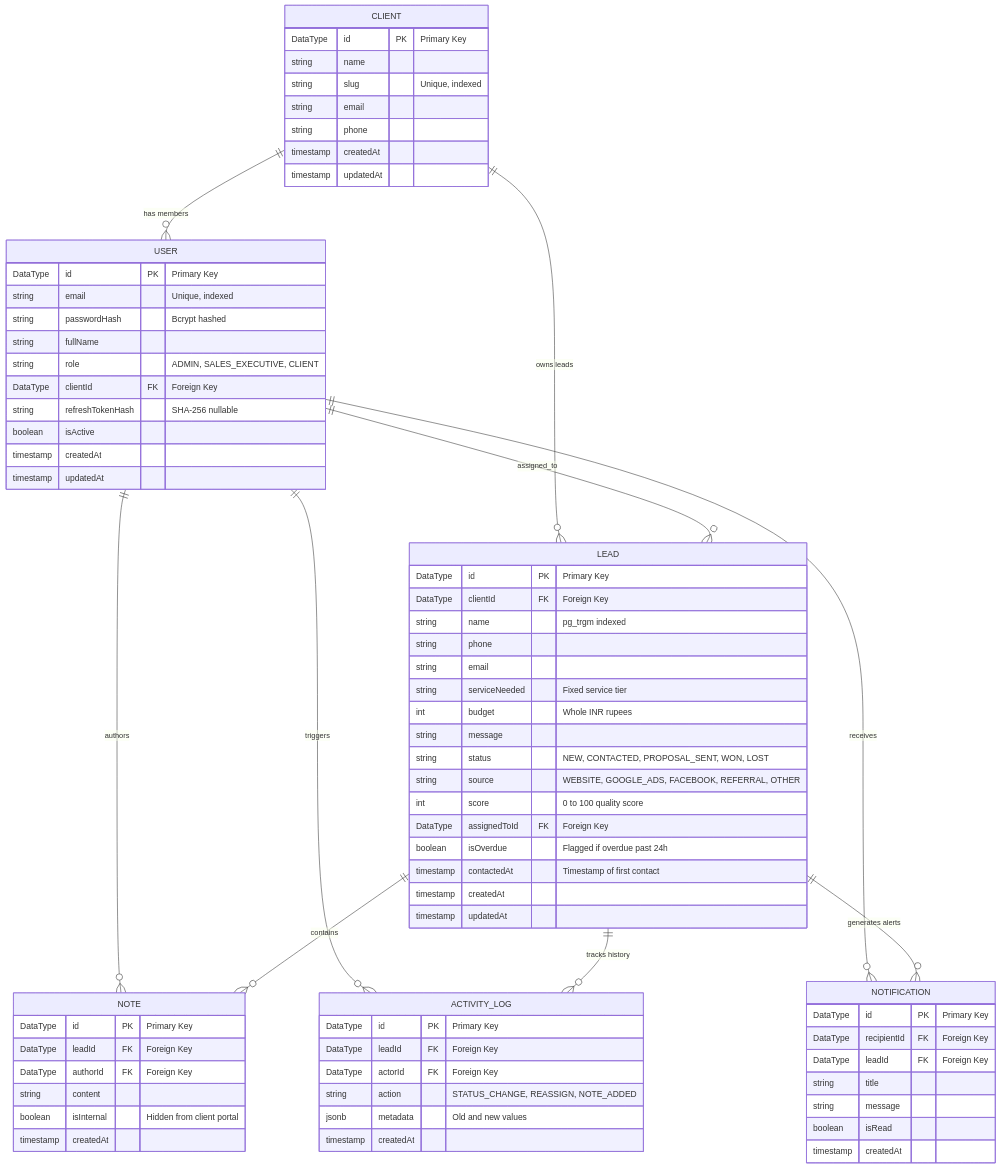
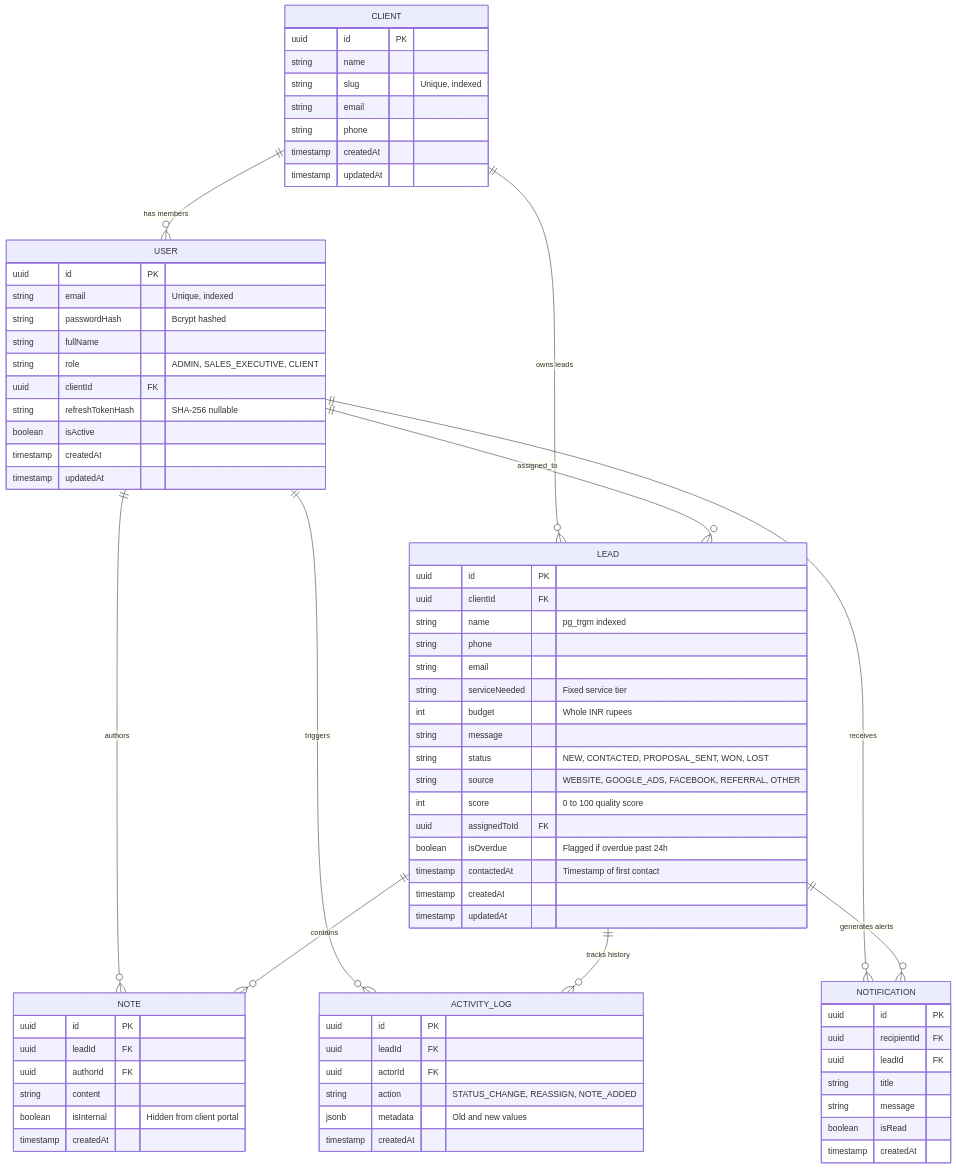
The diagram in README.md (Maha-Belgouthi/leaddesk-mini-crm), drawn with Mermaid before and after one commit.

Commit message:
Refactor database schema data types to uuid
Updated data types from 'DataType' to 'uuid' for primary and foreign keys in the database schema.

````diff
--- a/README.md
+++ b/README.md
@@ -34,82 +34,82 @@
 ```mermaid
 erDiagram
     CLIENT ||--o{ USER : "has members"
     CLIENT ||--o{ LEAD : "owns leads"
     USER ||--o{ LEAD : "assigned_to"
     USER ||--o{ NOTE : "authors"
     USER ||--o{ ACTIVITY_LOG : "triggers"
     USER ||--o{ NOTIFICATION : "receives"
     LEAD ||--o{ NOTE : "contains"
     LEAD ||--o{ ACTIVITY_LOG : "tracks history"
     LEAD ||--o{ NOTIFICATION : "generates alerts"
 
     CLIENT {
-        DataType id PK "Primary Key"
+        uuid id PK
         string name
         string slug "Unique, indexed"
         string email
         string phone
         timestamp createdAt
         timestamp updatedAt
     }
 
     USER {
-        DataType id PK "Primary Key"
+        uuid id PK
         string email "Unique, indexed"
         string passwordHash "Bcrypt hashed"
         string fullName
         string role "ADMIN, SALES_EXECUTIVE, CLIENT"
-        DataType clientId FK "Foreign Key"
+        uuid clientId FK
         string refreshTokenHash "SHA-256 nullable"
         boolean isActive
         timestamp createdAt
         timestamp updatedAt
     }
 
     LEAD {
-        DataType id PK "Primary Key"
-        DataType clientId FK "Foreign Key"
+        uuid id PK
+        uuid clientId FK
         string name "pg_trgm indexed"
         string phone
         string email
         string serviceNeeded "Fixed service tier"
         int budget "Whole INR rupees"
         string message
         string status "NEW, CONTACTED, PROPOSAL_SENT, WON, LOST"
         string source "WEBSITE, GOOGLE_ADS, FACEBOOK, REFERRAL, OTHER"
         int score "0 to 100 quality score"
-        DataType assignedToId FK "Foreign Key"
+        uuid assignedToId FK
         boolean isOverdue "Flagged if overdue past 24h"
         timestamp contactedAt "Timestamp of first contact"
         timestamp createdAt
         timestamp updatedAt
     }
 
     NOTE {
-        DataType id PK "Primary Key"
-        DataType leadId FK "Foreign Key"
-        DataType authorId FK "Foreign Key"
+        uuid id PK
+        uuid leadId FK
+        uuid authorId FK
         string content
         boolean isInternal "Hidden from client portal"
         timestamp createdAt
     }
 
     ACTIVITY_LOG {
-        DataType id PK "Primary Key"
-        DataType leadId FK "Foreign Key"
-        DataType actorId FK "Foreign Key"
+        uuid id PK
+        uuid leadId FK
+        uuid actorId FK
         string action "STATUS_CHANGE, REASSIGN, NOTE_ADDED"
         jsonb metadata "Old and new values"
         timestamp createdAt
     }
 
     NOTIFICATION {
-        DataType id PK "Primary Key"
-        DataType recipientId FK "Foreign Key"
-        DataType leadId FK "Foreign Key"
+        uuid id PK
+        uuid recipientId FK
+        uuid leadId FK
         string title
         string message
         boolean isRead
         timestamp createdAt
     }
 ```
````
